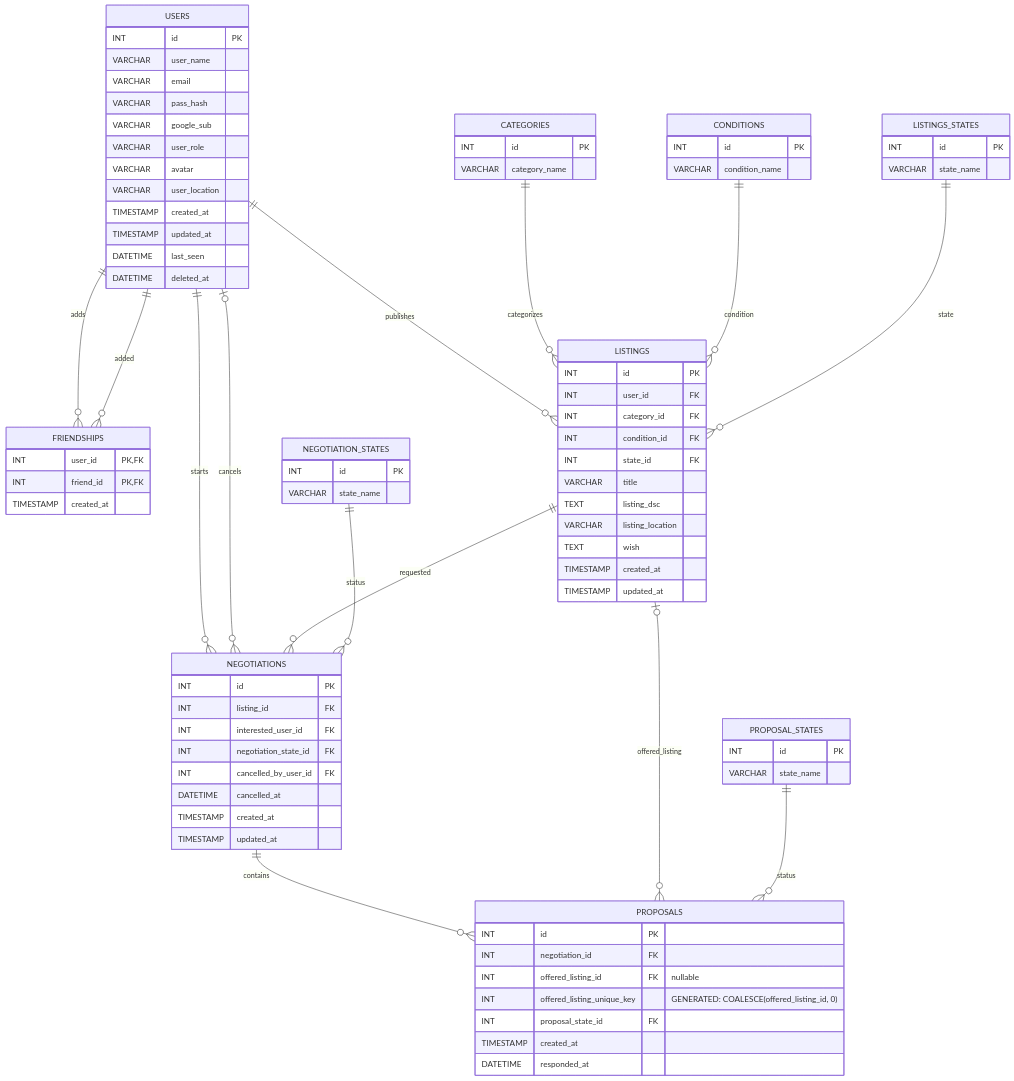
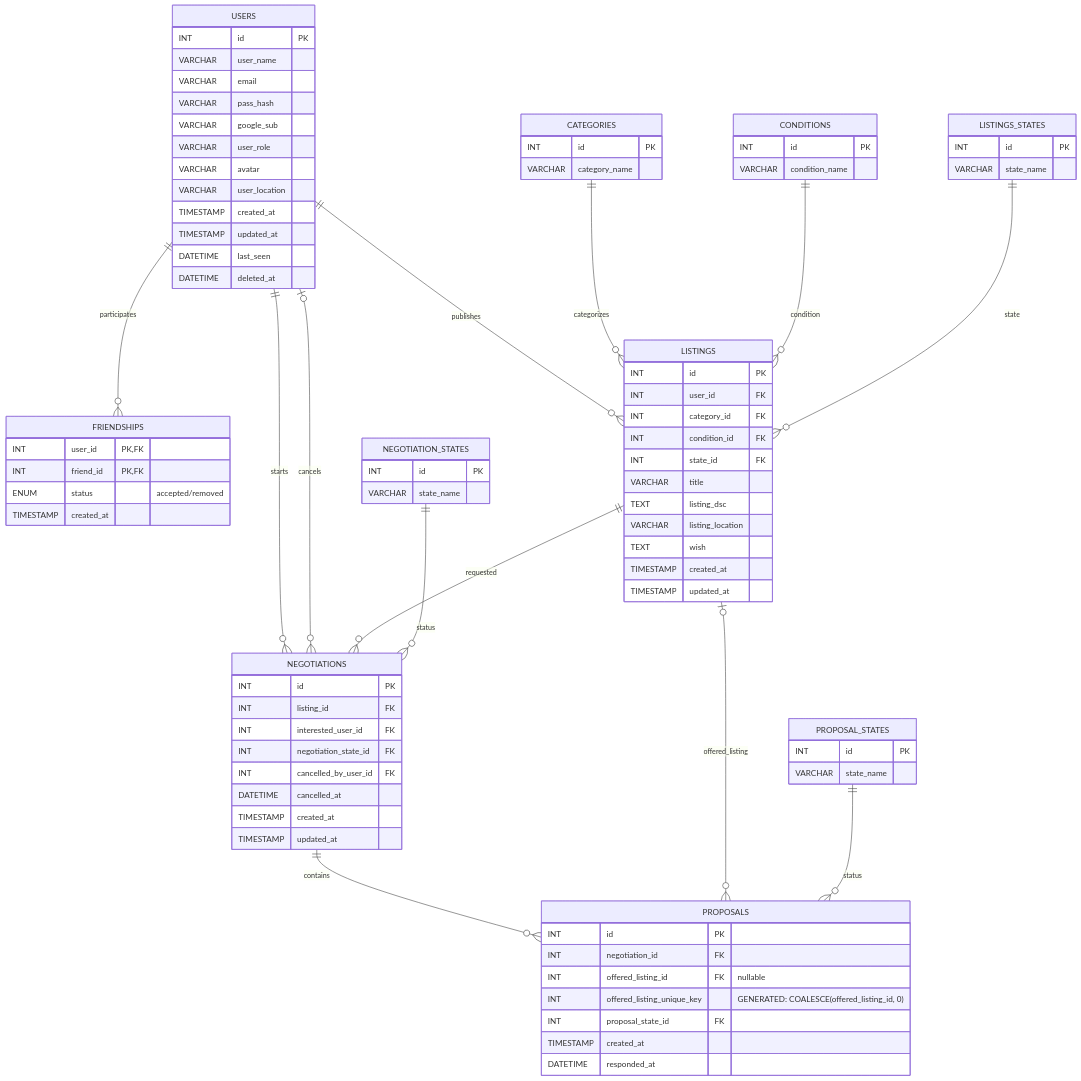
One commit to djunho/daka changed the first of 2 diagrams in srcs/services/mariadb/dakaERD.md. Above: the diagram before and after it, drawn with Mermaid. The commit also changed other lines of this file and 3 other files, not shown here.

Commit message:
Feat/Update friendship lifecycle schema

```diff
--- a/srcs/services/mariadb/dakaERD.md
+++ b/srcs/services/mariadb/dakaERD.md
@@ -23,6 +23,7 @@
     FRIENDSHIPS {
         INT user_id PK,FK
         INT friend_id PK,FK
+        ENUM status "accepted/removed"
         TIMESTAMP created_at
     }
 
@@ -87,8 +88,7 @@
     }
 
     USERS ||--o{ LISTINGS : publishes
-    USERS ||--o{ FRIENDSHIPS : adds
-    USERS ||--o{ FRIENDSHIPS : added
+    USERS ||--o{ FRIENDSHIPS : participates
     CATEGORIES ||--o{ LISTINGS : categorizes
     CONDITIONS ||--o{ LISTINGS : condition
     LISTINGS_STATES ||--o{ LISTINGS : state
```
